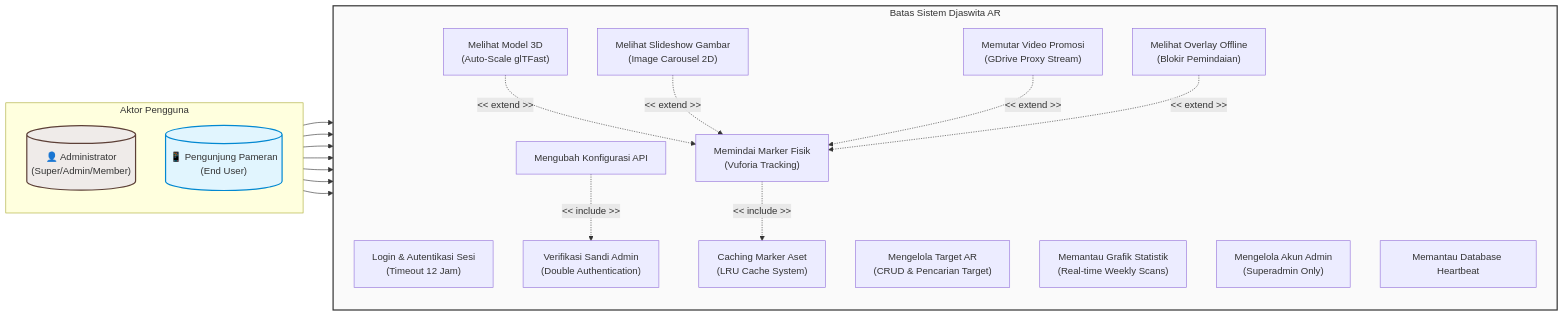
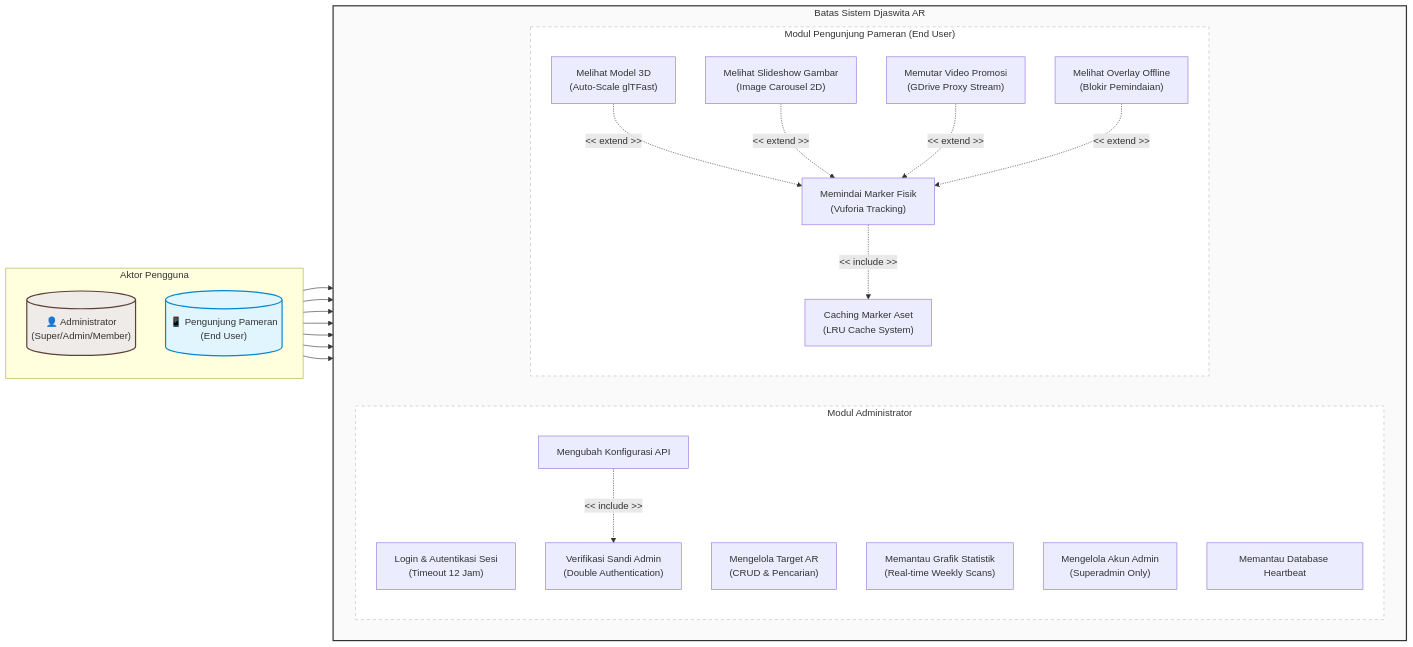
The second of 3 diagrams in WebAdmin/docs/diagram/diagram.md (MyusiZ3/DjaswitaAR-Fix), drawn with Mermaid before and after one commit.

Commit message:
docs: modularize Use Case diagram into side-by-side modules
- Reorganized SystemBoundary in 'diagram.md' into two parallel column subgraphs: 'AdminModule' and 'UserModule'.
- Enforced horizontal alignment (direction LR) between modules and vertical alignment (direction TB) internally.
- Styled modules with clean white backgrounds and dashed borders to create a highly compact, aesthetic square-like grid layout.

````diff
--- a/WebAdmin/docs/diagram/diagram.md
+++ b/WebAdmin/docs/diagram/diagram.md
@@ -70,55 +70,61 @@
 ```mermaid
 graph LR
     %% Definisi Aktor
     subgraph Aktor ["Aktor Pengguna"]
         direction TB
         Admin[("👤 Administrator <br>(Super/Admin/Member)")]
         User[("📱 Pengunjung Pameran <br>(End User)")]
     end
 
     %% Batas Sistem (System Boundary)
     subgraph SystemBoundary ["Batas Sistem Djaswita AR"]
-        direction TB
+        direction LR
         
-        %% Use Cases Admin
-        UC_Login["Login & Autentikasi Sesi <br>(Timeout 12 Jam)"]
-        UC_CRUD["Mengelola Target AR <br>(CRUD & Pencarian Target)"]
-        UC_Config["Mengubah Konfigurasi API"]
-        UC_DoubleAuth["Verifikasi Sandi Admin <br>(Double Authentication)"]
-        UC_ViewStats["Memantau Grafik Statistik <br>(Real-time Weekly Scans)"]
-        UC_ManageAdmin["Mengelola Akun Admin <br>(Superadmin Only)"]
-        UC_Hearbeat["Memantau Database Heartbeat"]
+        subgraph AdminModule ["Modul Administrator"]
+            direction TB
+            UC_Login["Login & Autentikasi Sesi <br>(Timeout 12 Jam)"]
+            UC_CRUD["Mengelola Target AR <br>(CRUD & Pencarian)"]
+            UC_Config["Mengubah Konfigurasi API"]
+            UC_DoubleAuth["Verifikasi Sandi Admin <br>(Double Authentication)"]
+            UC_ViewStats["Memantau Grafik Statistik <br>(Real-time Weekly Scans)"]
+            UC_ManageAdmin["Mengelola Akun Admin <br>(Superadmin Only)"]
+            UC_Hearbeat["Memantau Database Heartbeat"]
+        end
 
-        %% Use Cases User
-        UC_ScanMarker["Memindai Marker Fisik <br>(Vuforia Tracking)"]
-        UC_View3D["Melihat Model 3D <br>(Auto-Scale glTFast)"]
-        UC_ViewCarousel["Melihat Slideshow Gambar <br>(Image Carousel 2D)"]
-        UC_PlayVideo["Memutar Video Promosi <br>(GDrive Proxy Stream)"]
-        UC_OfflineOverlay["Melihat Overlay Offline <br>(Blokir Pemindaian)"]
-        UC_CacheMarker["Caching Marker Aset <br>(LRU Cache System)"]
+        subgraph UserModule ["Modul Pengunjung Pameran (End User)"]
+            direction TB
+            UC_ScanMarker["Memindai Marker Fisik <br>(Vuforia Tracking)"]
+            UC_View3D["Melihat Model 3D <br>(Auto-Scale glTFast)"]
+            UC_ViewCarousel["Melihat Slideshow Gambar <br>(Image Carousel 2D)"]
+            UC_PlayVideo["Memutar Video Promosi <br>(GDrive Proxy Stream)"]
+            UC_OfflineOverlay["Melihat Overlay Offline <br>(Blokir Pemindaian)"]
+            UC_CacheMarker["Caching Marker Aset <br>(LRU Cache System)"]
+        end
     end
 
     %% Hubungan Aktor ke Use Case
     Admin --> UC_Login
     Admin --> UC_CRUD
     Admin --> UC_Config
     Admin --> UC_ViewStats
     Admin --> UC_ManageAdmin
     Admin --> UC_Hearbeat
 
     User --> UC_ScanMarker
 
     %% Relasi Include / Extend
     UC_Config -. "<< include >>" .-> UC_DoubleAuth
     UC_ScanMarker -. "<< include >>" .-> UC_CacheMarker
     
     UC_View3D -. "<< extend >>" .-> UC_ScanMarker
     UC_ViewCarousel -. "<< extend >>" .-> UC_ScanMarker
     UC_PlayVideo -. "<< extend >>" .-> UC_ScanMarker
     UC_OfflineOverlay -. "<< extend >>" .-> UC_ScanMarker
 
     %% Styling Warna
     style Admin fill:#efebe9,stroke:#5d4037,stroke-width:2px;
     style User fill:#e1f5fe,stroke:#0288d1,stroke-width:2px;
     style SystemBoundary fill:#fafafa,stroke:#333,stroke-width:2px;
+    style AdminModule fill:#ffffff,stroke:#b0bec5,stroke-width:1px,stroke-dasharray: 5 5;
+    style UserModule fill:#ffffff,stroke:#b0bec5,stroke-width:1px,stroke-dasharray: 5 5;
 ```
````
